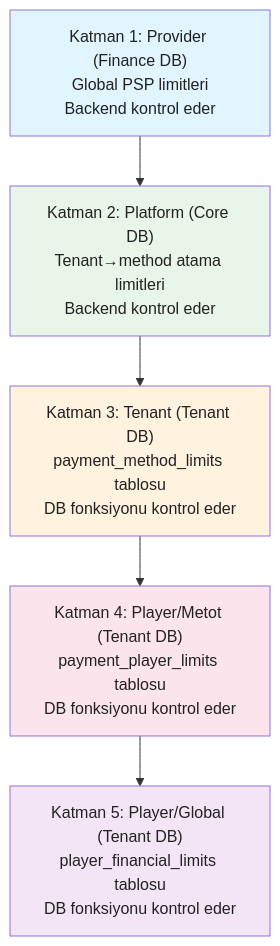
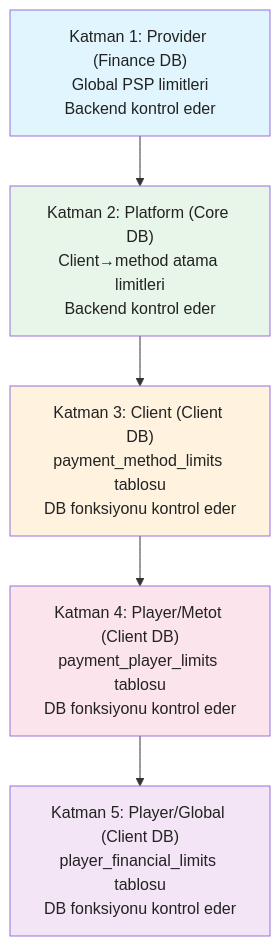
One commit to frhtshn/One.DB changed the third of 9 diagrams in .docs/guides/FINANCE_GATEWAY_GUIDE.md. Above: the diagram before and after it, drawn with Mermaid. The commit also changed other lines of this file and 442 other files, not shown here.

First line of the commit message:
Nucleo → Sortis One ve tenant → client içerik güncellemeleri

````diff
--- a/.docs/guides/FINANCE_GATEWAY_GUIDE.md
+++ b/.docs/guides/FINANCE_GATEWAY_GUIDE.md
@@ -142,14 +142,14 @@
 ```mermaid
 flowchart TD
     L1["Katman 1: Provider (Finance DB)<br/>Global PSP limitleri<br/>Backend kontrol eder"] --> L2
-    L2["Katman 2: Platform (Core DB)<br/>Tenant→method atama limitleri<br/>Backend kontrol eder"] --> L3
-    L3["Katman 3: Tenant (Tenant DB)<br/>payment_method_limits tablosu<br/>DB fonksiyonu kontrol eder"] --> L4
-    L4["Katman 4: Player/Metot (Tenant DB)<br/>payment_player_limits tablosu<br/>DB fonksiyonu kontrol eder"] --> L5
-    L5["Katman 5: Player/Global (Tenant DB)<br/>player_financial_limits tablosu<br/>DB fonksiyonu kontrol eder"]
+    L2["Katman 2: Platform (Core DB)<br/>Client→method atama limitleri<br/>Backend kontrol eder"] --> L3
+    L3["Katman 3: Client (Client DB)<br/>payment_method_limits tablosu<br/>DB fonksiyonu kontrol eder"] --> L4
+    L4["Katman 4: Player/Metot (Client DB)<br/>payment_player_limits tablosu<br/>DB fonksiyonu kontrol eder"] --> L5
+    L5["Katman 5: Player/Global (Client DB)<br/>player_financial_limits tablosu<br/>DB fonksiyonu kontrol eder"]
 
     style L1 fill:#e1f5fe,color:#222
     style L2 fill:#e8f5e9,color:#222
     style L3 fill:#fff3e0,color:#222
     style L4 fill:#fce4ec,color:#222
     style L5 fill:#f3e5f5,color:#222
 ```
````
